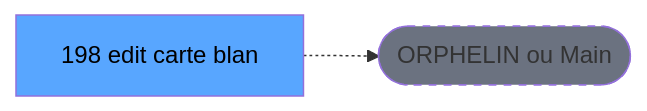
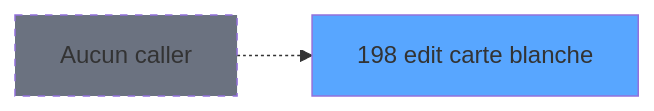
One commit to thonyAGP/magic-migration changed the second of 3 diagrams in .openspec/specs/ADH-IDE-198.md. Above: the diagram before and after it, drawn with Mermaid. The commit also changed other lines of this file and 493 other files, not shown here.

````diff
--- a/.openspec/specs/ADH-IDE-198.md
+++ b/.openspec/specs/ADH-IDE-198.md
@@ -122,8 +163,8 @@
 ```mermaid
 graph LR
-    T[198 edit carte blan]
-    ORPHAN([ORPHELIN ou Main])
-    T -.-> ORPHAN
-    style T fill:#58a6ff,color:#000
-    style ORPHAN fill:#6b7280,stroke-dasharray: 5 5
+    T198[198 edit carte blanche]
+    style T198 fill:#58a6ff
+    NONE[Aucun caller]
+    NONE -.-> T198
+    style NONE fill:#6b7280,stroke-dasharray: 5 5
 ```
````
